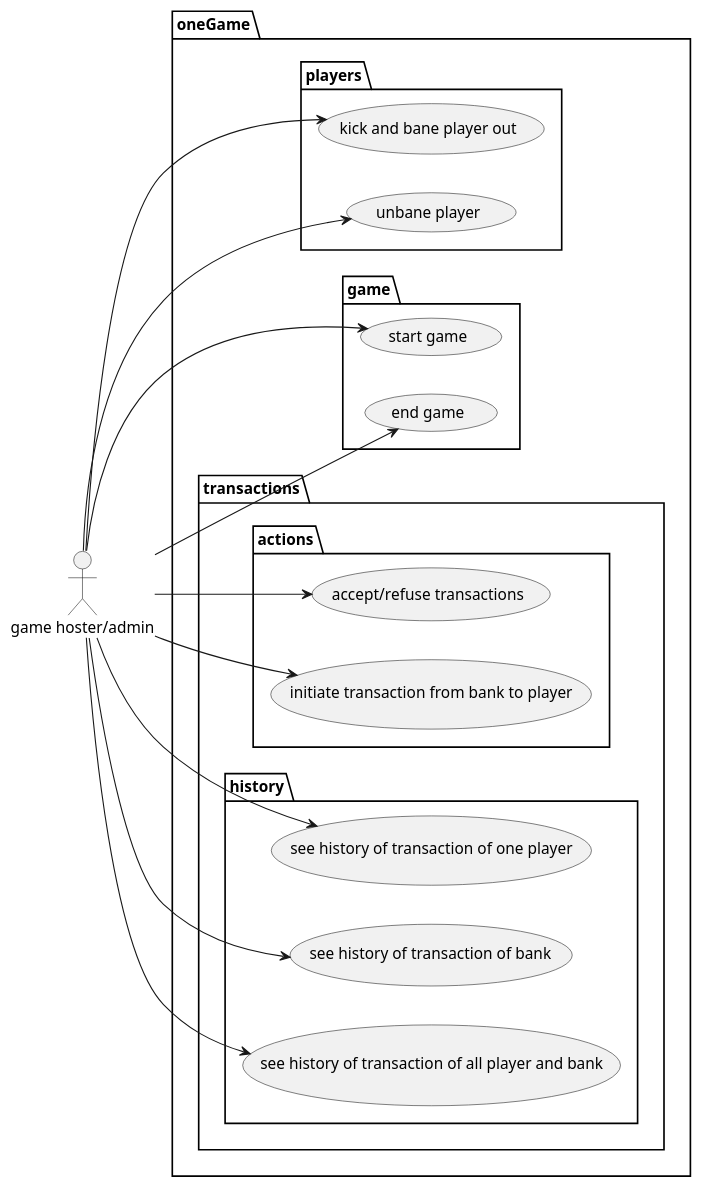
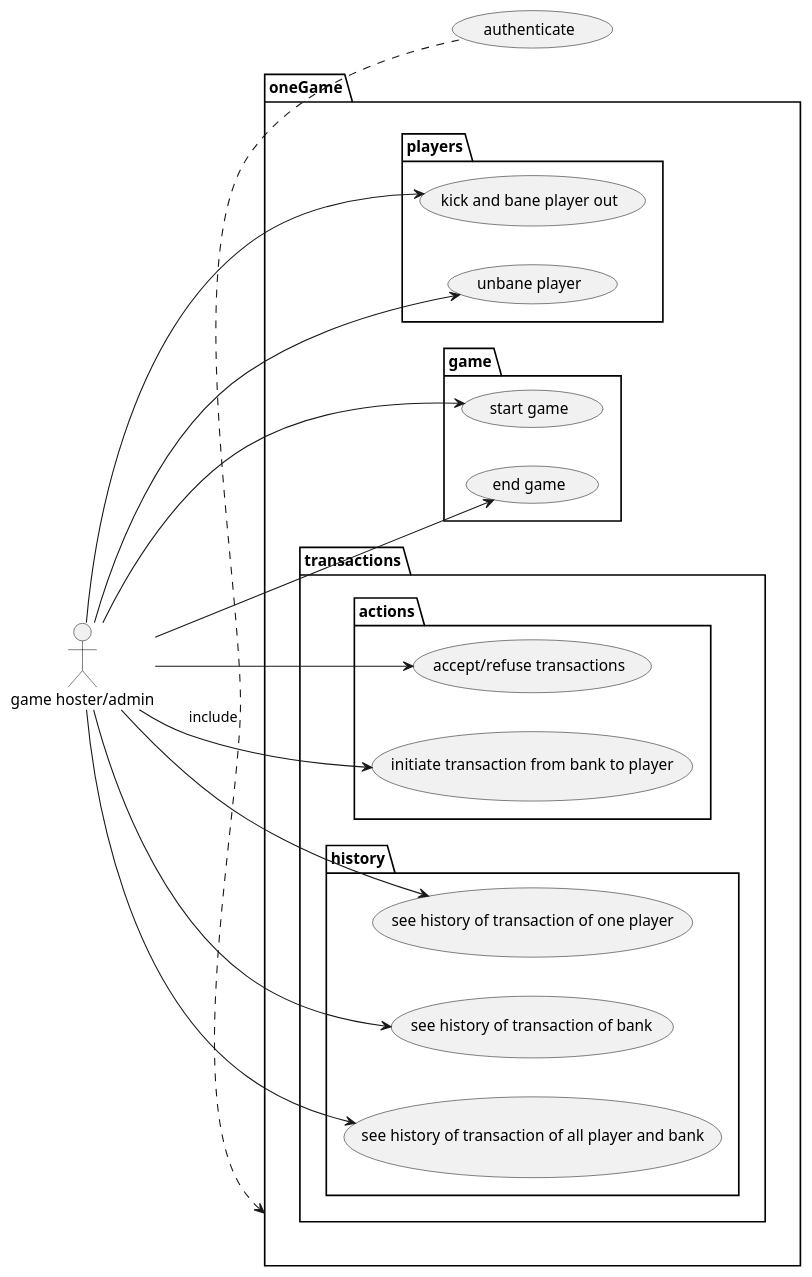
The diagram in UCDs/host_UCD.wsd (monoploy-game/design), drawn with PlantUML before and after one commit. The commit also changed 2 other files, not shown here.

```diff
--- a/UCDs/host_UCD.wsd
+++ b/UCDs/host_UCD.wsd
@@ -1,47 +1,48 @@
 @startuml "Monopoly admin usecase diagram"
 
 left to right direction
 skinparam style strictuml
 
 actor "game hoster/admin" as ad
 
 package oneGame {
 
     package players {
         usecase "kick and bane player out" as kp
 	usecase "unbane player" as ubp
     }
 
     package game {
         usecase "start game" as strtg
         usecase "end game" as eg
     }
 
     package transactions {
         package actions {
             usecase "accept/refuse transactions" as at
             usecase "initiate transaction from bank to player" as itgp
         }
         package history {
             usecase "see history of transaction of one player" as seeplrtr
             usecase "see history of transaction of bank" as seebnktr
             usecase "see history of transaction of all player and bank" as seealltr
         }
     }
 }
 
 ad --> kp
 ad --> ubp
 
 ad --> strtg
 ad --> eg
 
 ad --> at
 ad --> itgp
 
 ad --> seeplrtr
 ad --> seebnktr
 
 ad --> seealltr
+oneGame <. (authenticate) : include
 
 @enduml
```
